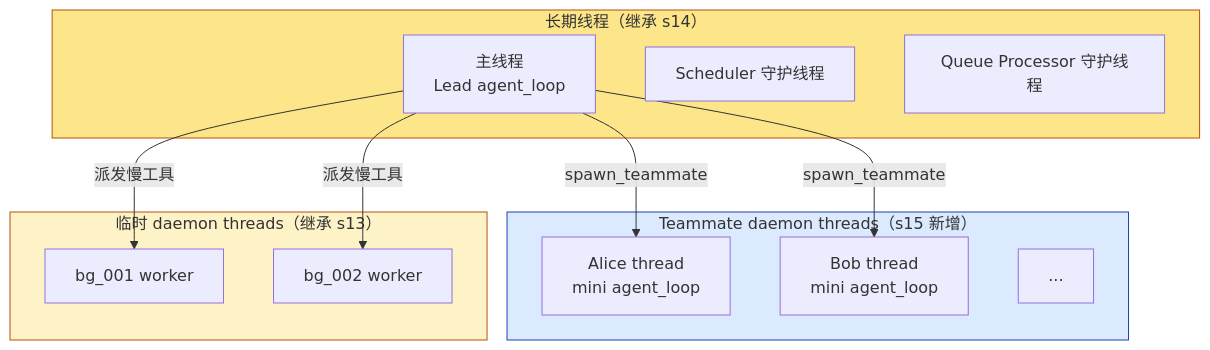
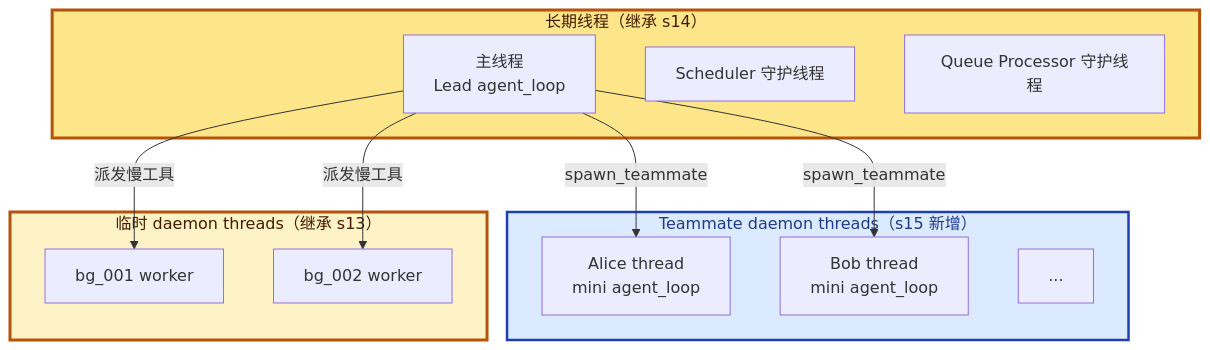
Before and after one commit to PyrePuin/From-Zero-LLM-Agent-Infra-Notes: the fourth of 4 diagrams in Agent/Harness/Claude Code/Phase 5 - 多智能体/15 - Agent Teams.md, drawn with Mermaid. The commit also changed other lines of this file and 23 other files, not shown here.

First line of the commit message:
refactor(mermaid): 统一所有图的视觉规范

````diff
--- a/Agent/Harness/Claude Code/Phase 5 - 多智能体/15 - Agent Teams.md
+++ b/Agent/Harness/Claude Code/Phase 5 - 多智能体/15 - Agent Teams.md
@@ -454,28 +457,29 @@
 ```mermaid
+%%{init: {'themeVariables': {'fontSize': '16px', 'fontFamily': 'ui-sans-serif, system-ui, -apple-system, "Segoe UI", Roboto, sans-serif'}}}%%
 flowchart TB
     subgraph Long["长期线程（继承 s14）"]
         Main["主线程<br/>Lead agent_loop"]
         Sched["Scheduler 守护线程"]
         QP["Queue Processor 守护线程"]
     end
 
     subgraph Teammates["Teammate daemon threads（s15 新增）"]
         T1["Alice thread<br/>mini agent_loop"]
         T2["Bob thread<br/>mini agent_loop"]
         T3["..."]
     end
 
     subgraph Temp["临时 daemon threads（继承 s13）"]
         B1["bg_001 worker"]
         B2["bg_002 worker"]
     end
 
     Main -->|"spawn_teammate"| T1
     Main -->|"spawn_teammate"| T2
     Main -->|"派发慢工具"| B1
     Main -->|"派发慢工具"| B2
 
-    style Long fill:#fde68a,stroke:#b45309
-    style Teammates fill:#dbeafe,stroke:#1e40af
-    style Temp fill:#fef3c7,stroke:#b45309
+    style Long fill:#fde68a,stroke:#b45309,stroke-width:3px,color:#451a03
+    style Teammates fill:#dbeafe,stroke:#1e40af,stroke-width:2.5px,color:#1e3a8a
+    style Temp fill:#fef3c7,stroke:#b45309,stroke-width:3px,color:#451a03
 ```
````
